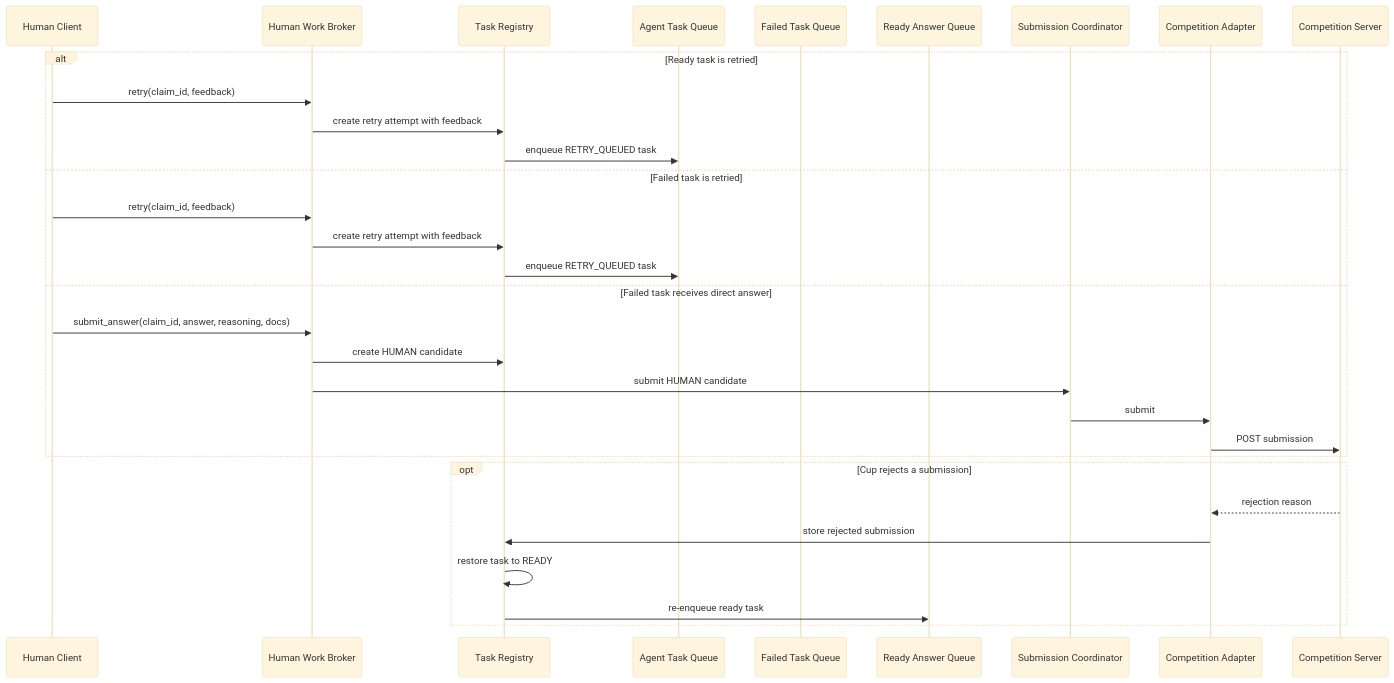
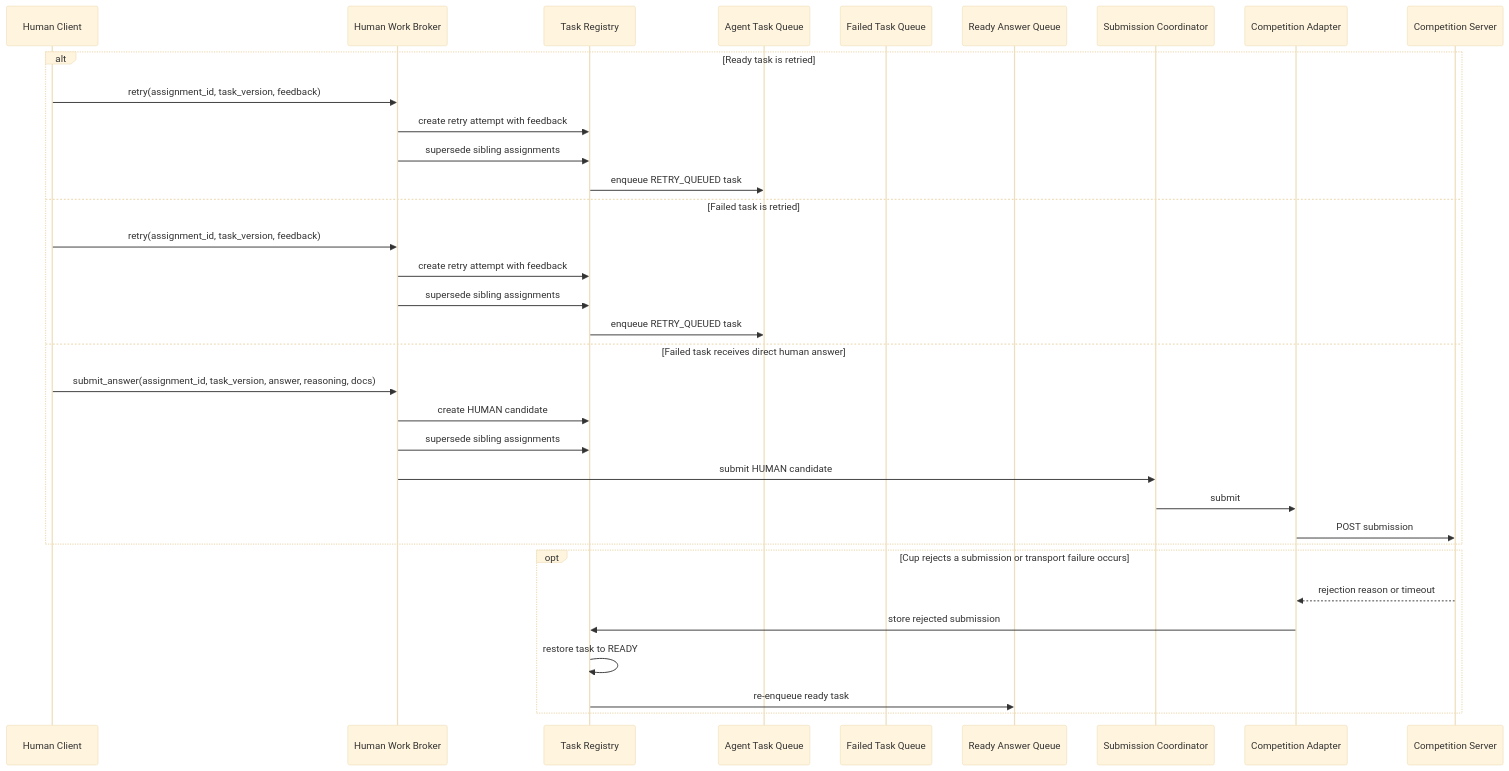
Before and after one commit to mitdbg/carnot: the third of 3 diagrams in skunk/harness_ui/UI_ARCHITECTURE.md, drawn with Mermaid (base theme). The commit also changed other lines of this file and 20 other files, not shown here.

Commit message:
Updated harness UI to follow client/server architecture

````diff
--- a/skunk/harness_ui/UI_ARCHITECTURE.md
+++ b/skunk/harness_ui/UI_ARCHITECTURE.md
@@ -282,35 +328,38 @@
 ```mermaid
 sequenceDiagram
     participant HC as Human Client
     participant HB as Human Work Broker
     participant TR as Task Registry
     participant AQ as Agent Task Queue
     participant FQ as Failed Task Queue
     participant RQ as Ready Answer Queue
     participant SC as Submission Coordinator
     participant CA as Competition Adapter
     participant Cup as Competition Server
 
     alt Ready task is retried
-        HC->>HB: retry(claim_id, feedback)
+        HC->>HB: retry(assignment_id, task_version, feedback)
         HB->>TR: create retry attempt with feedback
+        HB->>TR: supersede sibling assignments
         TR->>AQ: enqueue RETRY_QUEUED task
     else Failed task is retried
-        HC->>HB: retry(claim_id, feedback)
+        HC->>HB: retry(assignment_id, task_version, feedback)
         HB->>TR: create retry attempt with feedback
+        HB->>TR: supersede sibling assignments
         TR->>AQ: enqueue RETRY_QUEUED task
-    else Failed task receives direct answer
-        HC->>HB: submit_answer(claim_id, answer, reasoning, docs)
+    else Failed task receives direct human answer
+        HC->>HB: submit_answer(assignment_id, task_version, answer, reasoning, docs)
         HB->>TR: create HUMAN candidate
+        HB->>TR: supersede sibling assignments
         HB->>SC: submit HUMAN candidate
         SC->>CA: submit
         CA->>Cup: POST submission
     end
 
-    opt Cup rejects a submission
-        Cup-->>CA: rejection reason
+    opt Cup rejects a submission or transport failure occurs
+        Cup-->>CA: rejection reason or timeout
         CA->>TR: store rejected submission
         TR->>TR: restore task to READY
         TR->>RQ: re-enqueue ready task
     end
 ```
````
